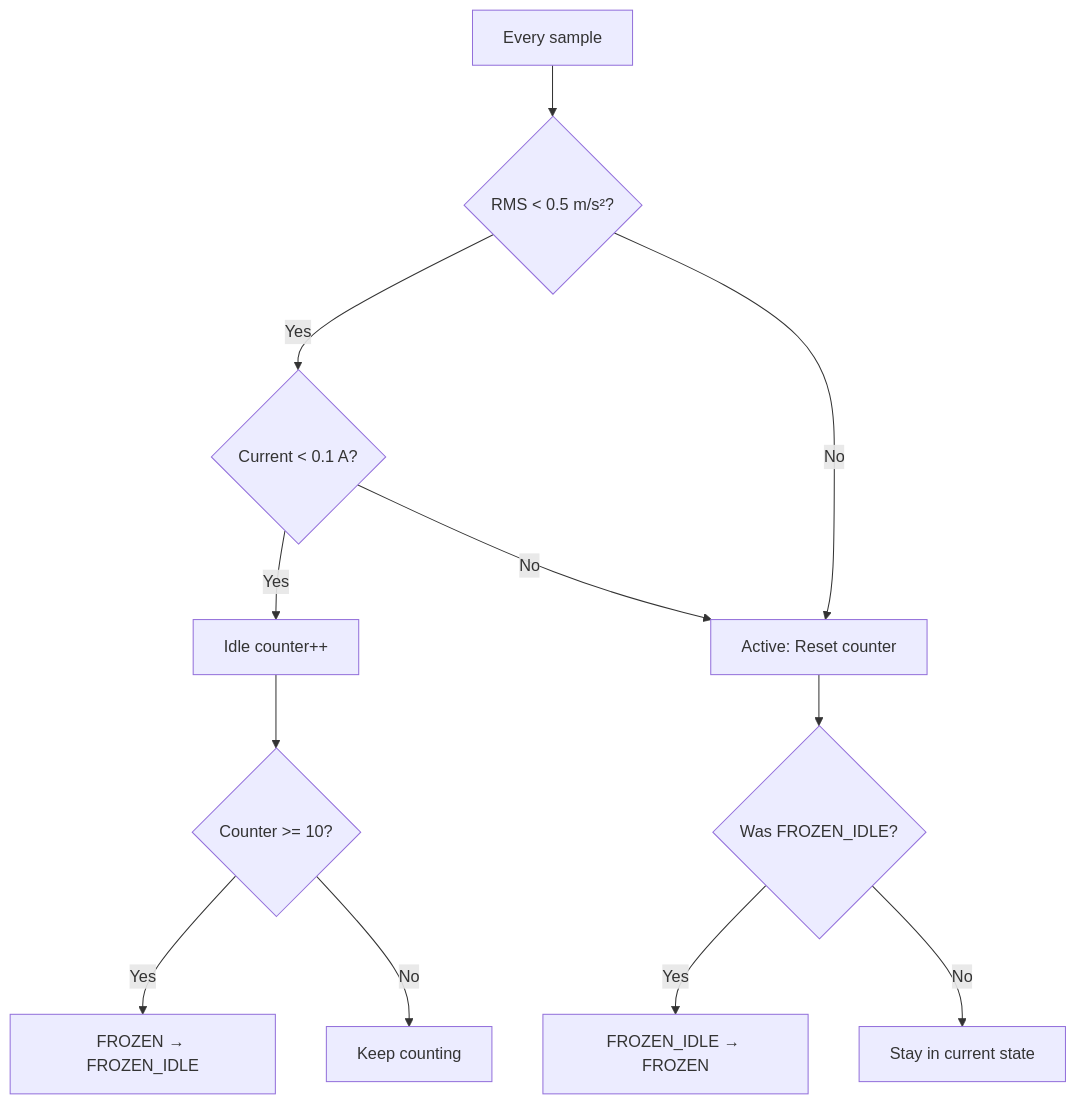
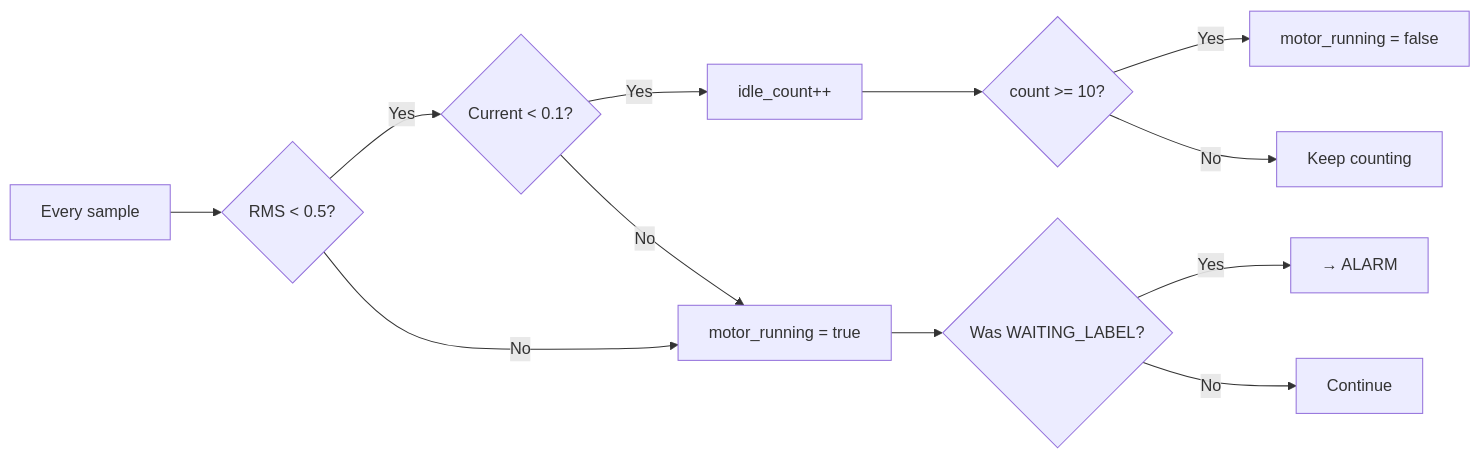
One commit to leekaize/tinyol-hitl changed the fourth of 6 diagrams in docs/ARCHITECTURE.md. Above: the diagram before and after it, drawn with Mermaid. The commit also changed other lines of this file and 8 other files, not shown here.

````diff
--- a/docs/ARCHITECTURE.md
+++ b/docs/ARCHITECTURE.md
@@ -142,17 +96,17 @@
 ```mermaid
-graph TD
-    A[Every sample] --> B{RMS < 0.5 m/s²?}
-    B -->|Yes| C{Current < 0.1 A?}
-    B -->|No| D[Active: Reset counter]
+flowchart LR
+    A[Every sample] --> B{RMS < 0.5?}
+    B -->|Yes| C{Current < 0.1?}
+    B -->|No| D[motor_running = true]
 
-    C -->|Yes| E[Idle counter++]
+    C -->|Yes| E[idle_count++]
     C -->|No| D
 
-    E --> F{Counter >= 10?}
-    F -->|Yes| G[FROZEN → FROZEN_IDLE]
+    E --> F{count >= 10?}
+    F -->|Yes| G[motor_running = false]
     F -->|No| H[Keep counting]
 
-    D --> I{Was FROZEN_IDLE?}
-    I -->|Yes| J[FROZEN_IDLE → FROZEN]
-    I -->|No| K[Stay in current state]
+    D --> I{Was WAITING_LABEL?}
+    I -->|Yes| J[→ ALARM]
+    I -->|No| K[Continue]
 ```
````
